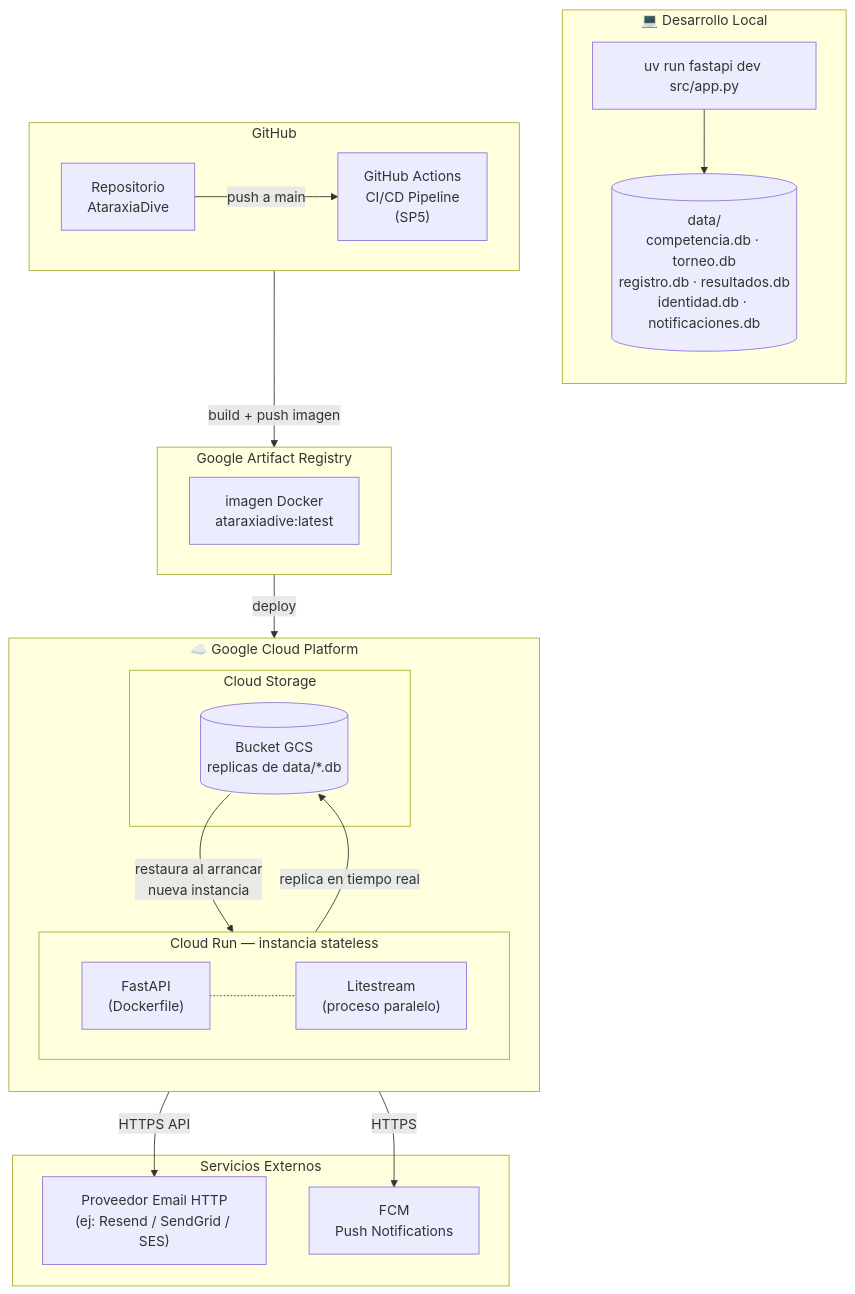
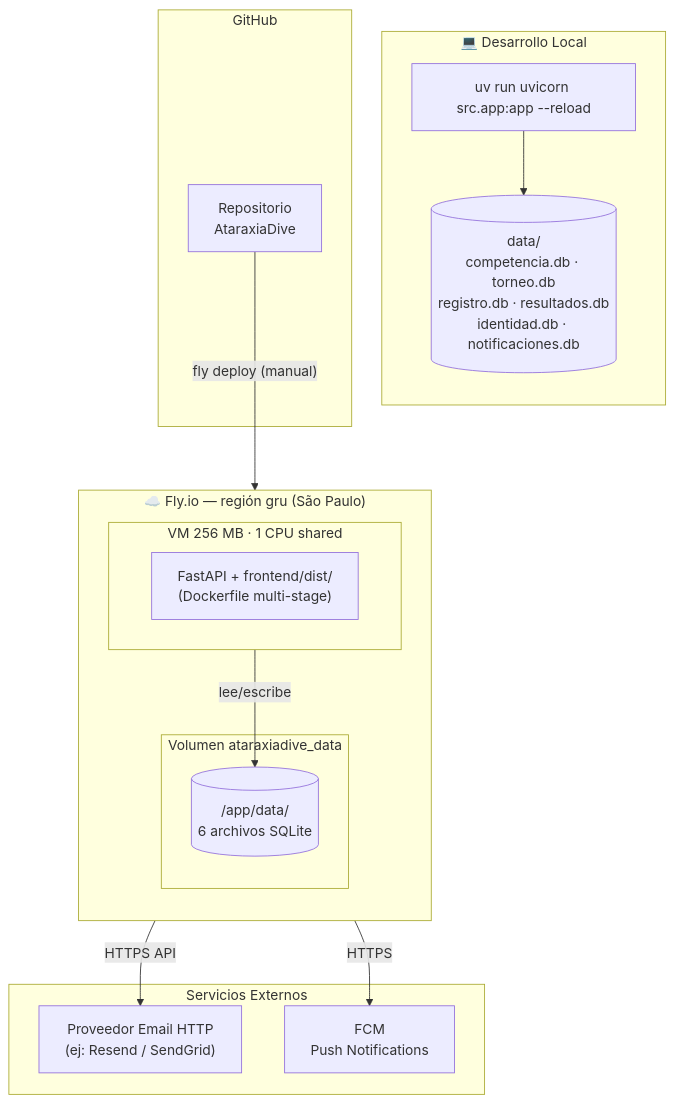
Before and after one commit to vvalotto/ataraxiadive: the fifth of 5 diagrams in docs/design/architecture.md, drawn with Mermaid. The commit also changed other lines of this file and 4 other files, not shown here.

````diff
--- a/docs/design/architecture.md
+++ b/docs/design/architecture.md
@@ -350,45 +350,34 @@
 ```mermaid
 graph TB
     subgraph DEV["💻 Desarrollo Local"]
         direction TB
-        DEV_CMD["uv run fastapi dev src/app.py"]
+        DEV_CMD["uv run uvicorn src.app:app --reload"]
         DEV_DB[("data/\ncompetencia.db · torneo.db\nregistro.db · resultados.db\nidentidad.db · notificaciones.db")]
         DEV_CMD --> DEV_DB
     end
 
     subgraph GH["GitHub"]
-        direction LR
         REPO["Repositorio\nAtaraxiaDive"]
-        GHA["GitHub Actions\nCI/CD Pipeline\n(SP5)"]
-        REPO -->|"push a main"| GHA
     end
 
-    subgraph GAR["Google Artifact Registry"]
-        IMG["imagen Docker\nataraxiadive:latest"]
-    end
-
-    subgraph GCP["☁️ Google Cloud Platform"]
+    subgraph FLY["☁️ Fly.io — región gru (São Paulo)"]
         direction TB
-        subgraph CR["Cloud Run — instancia stateless"]
+        subgraph VM["VM 256 MB · 1 CPU shared"]
             direction LR
-            APP["FastAPI\n(Dockerfile)"]
-            LS["Litestream\n(proceso paralelo)"]
-            APP -.- LS
+            APP["FastAPI + frontend/dist/\n(Dockerfile multi-stage)"]
         end
-        subgraph GCS["Cloud Storage"]
-            BUCKET[("Bucket GCS\nreplicas de data/*.db")]
+        subgraph VOL["Volumen ataraxiadive_data"]
+            DB[("/app/data/\n6 archivos SQLite")]
         end
-        LS -->|"replica en tiempo real"| BUCKET
-        BUCKET -->|"restaura al arrancar\nnueva instancia"| LS
+        APP -->|"lee/escribe"| DB
     end
 
     subgraph EXT["Servicios Externos"]
-        SMTP["Proveedor Email HTTP\n(ej: Resend / SendGrid / SES)"]
+        SMTP["Proveedor Email HTTP\n(ej: Resend / SendGrid)"]
         FCM["FCM\nPush Notifications"]
     end
 
-    GHA -->|"build + push imagen"| GAR
-    GAR -->|"deploy"| CR
+    REPO -->|"fly deploy (manual)"| FLY
     APP -->|"HTTPS API"| SMTP
     APP -->|"HTTPS"| FCM
 ```
````
